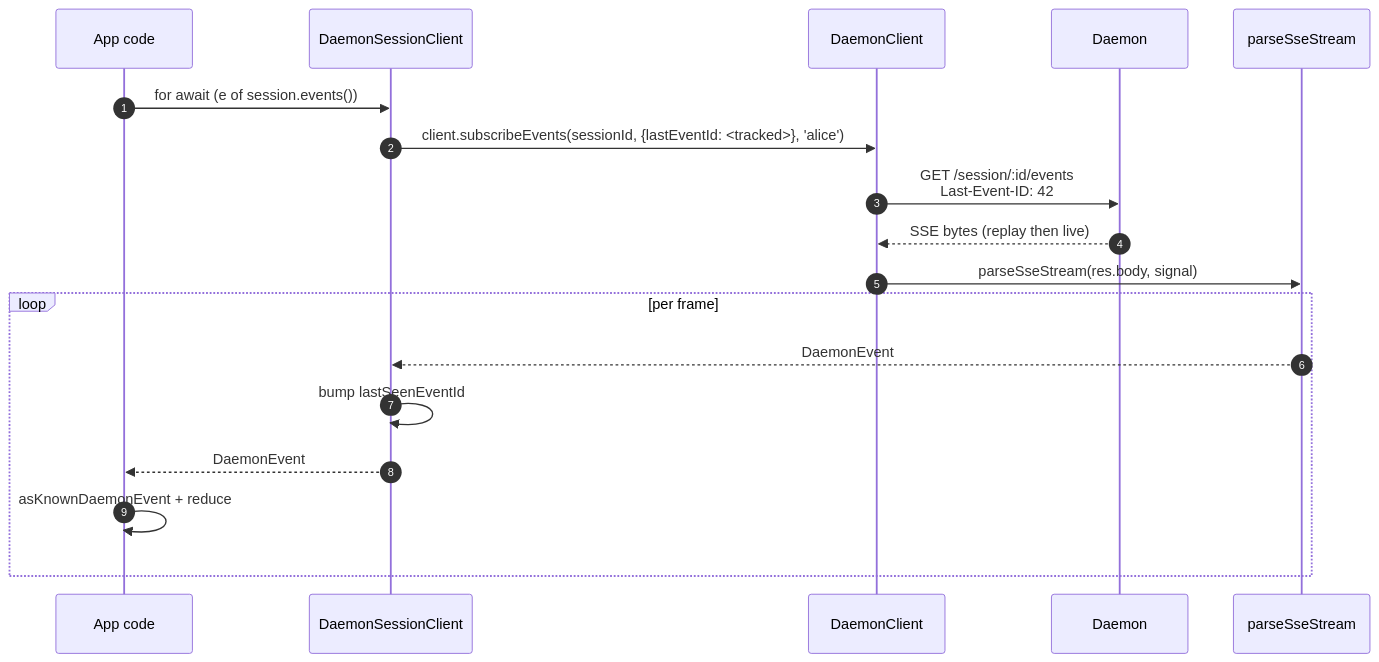
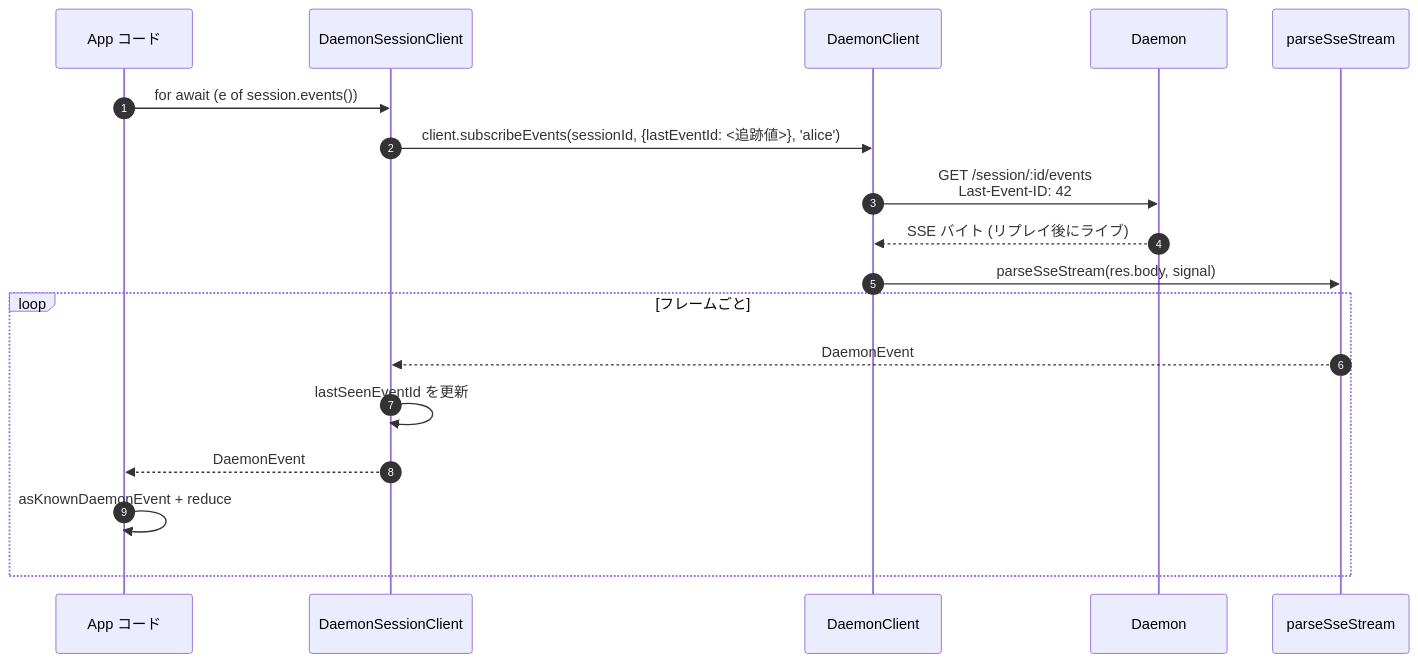
One commit to QwenLM/qwen-code-docs changed the second of 3 diagrams in website/content/ja/developers/daemon/13-sdk-daemon-client.md. Above: the diagram before and after it, drawn with Mermaid. The commit also changed other lines of this file and 1077 other files, not shown here.

````diff
--- a/website/content/ja/developers/daemon/13-sdk-daemon-client.md
+++ b/website/content/ja/developers/daemon/13-sdk-daemon-client.md
@@ -157,21 +157,21 @@
 ```mermaid
 sequenceDiagram
     autonumber
-    participant App as App code
+    participant App as App コード
     participant SC as DaemonSessionClient
     participant DC as DaemonClient
     participant D as Daemon
     participant P as parseSseStream
 
     App->>SC: for await (e of session.events())
-    SC->>DC: client.subscribeEvents(sessionId, {lastEventId: <tracked>}, 'alice')
+    SC->>DC: client.subscribeEvents(sessionId, {lastEventId: <追跡値>}, 'alice')
     DC->>D: GET /session/:id/events<br/>Last-Event-ID: 42
-    D-->>DC: SSE bytes (replay then live)
+    D-->>DC: SSE バイト (リプレイ後にライブ)
     DC->>P: parseSseStream(res.body, signal)
-    loop per frame
+    loop フレームごと
         P-->>SC: DaemonEvent
-        SC->>SC: bump lastSeenEventId
+        SC->>SC: lastSeenEventId を更新
         SC-->>App: DaemonEvent
         App->>App: asKnownDaemonEvent + reduce
     end
 ```
````
